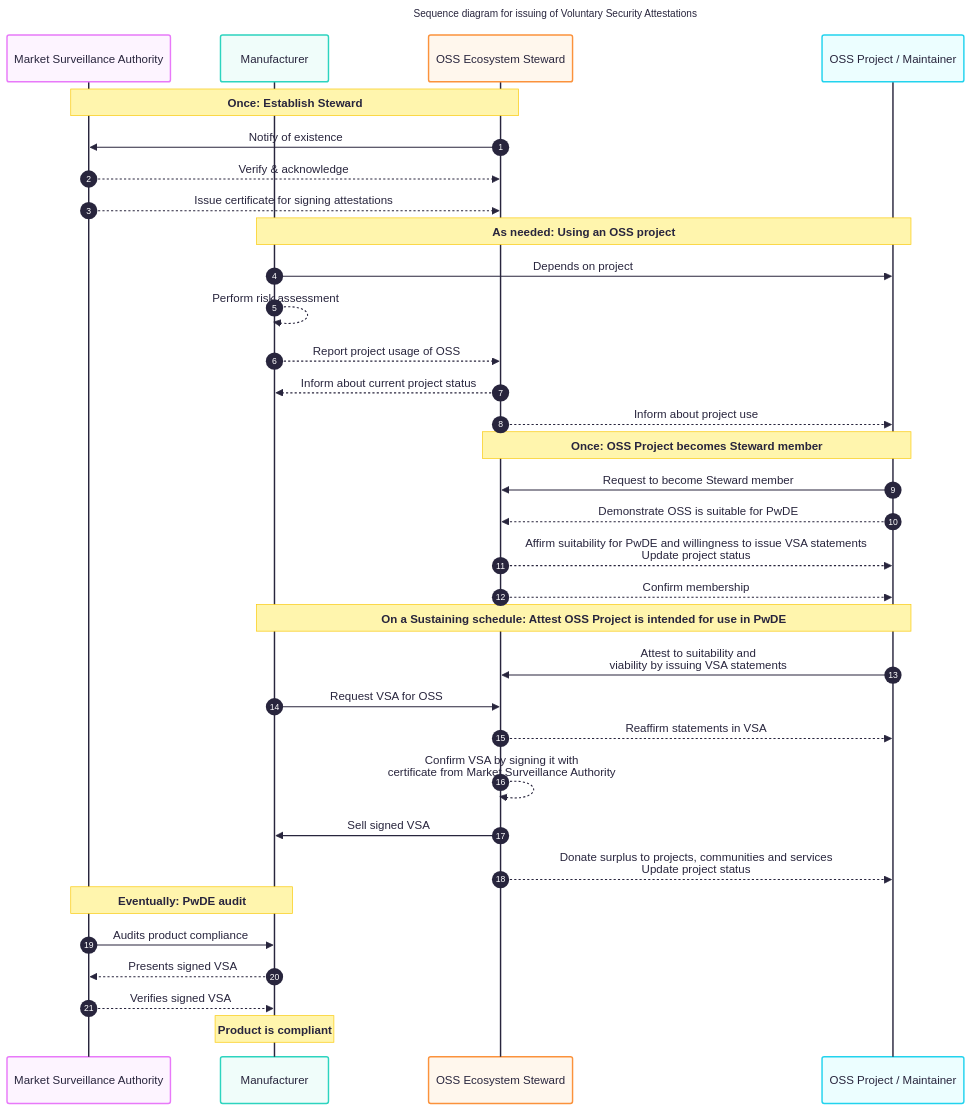
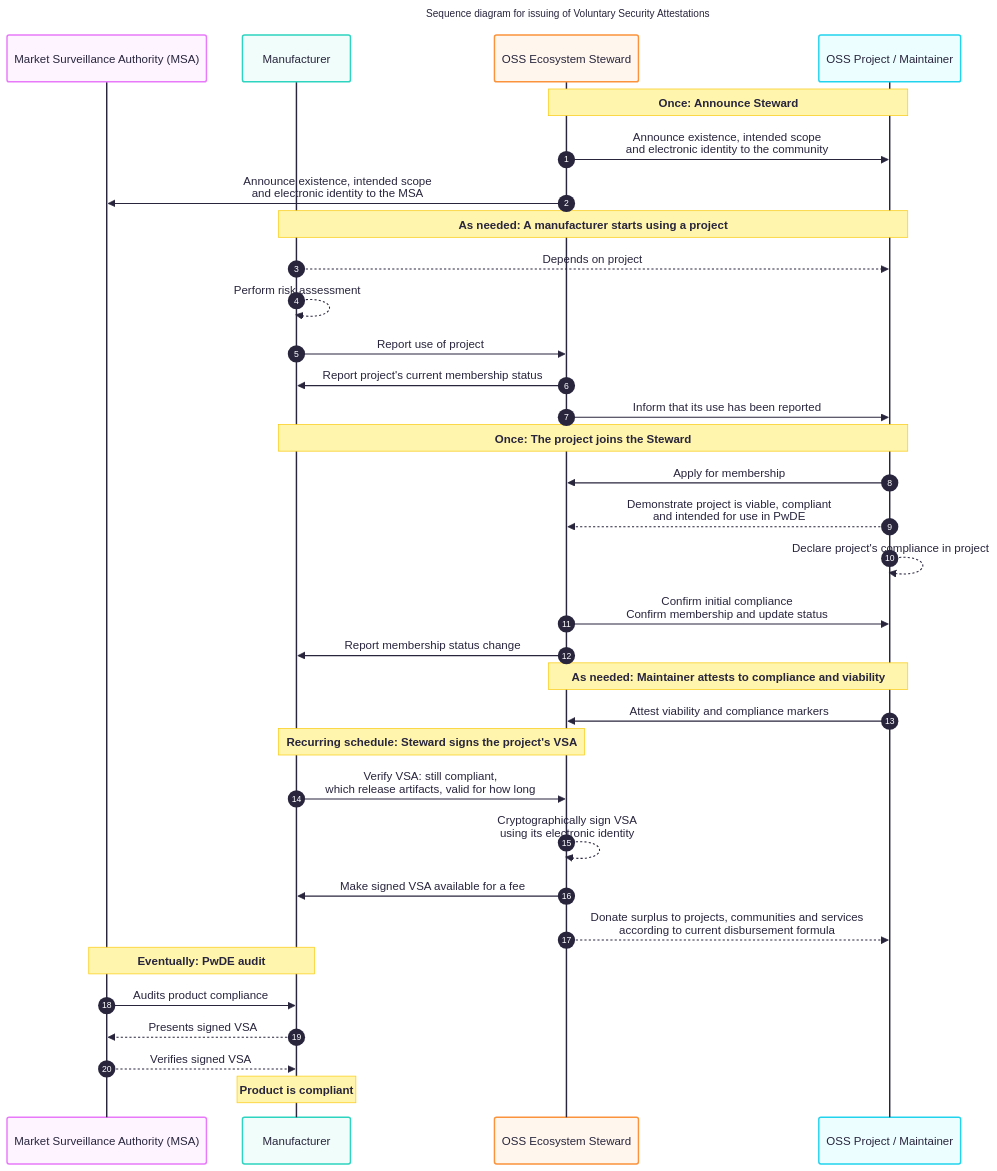
One commit to CPAN-Security/security.metacpan.org changed the diagram in docs/ecosystem-steward.md. Above: the diagram before and after it, drawn with Mermaid. The commit also changed other lines of this file, not shown here.

Commit message:
Rewrite the VSA description; Update sequence diagram to match it's description.

````diff
--- a/docs/ecosystem-steward.md
+++ b/docs/ecosystem-steward.md
@@ -313,42 +317,42 @@
 ```mermaid
 ---
 title: Sequence diagram for issuing of Voluntary Security Attestations
 config:
     theme: redux-color
     layout: elk
     look: classic
 ---
 sequenceDiagram
     autonumber
-    participant MA as Market Surveillance Authority
+    participant MSA as Market Surveillance Authority (MSA)
     participant MFG as Manufacturer
     participant ES as OSS Ecosystem Steward
     participant OSS as OSS Project / Maintainer
-    note over MA,ES: Once: Establish Steward
-    ES->>MA: Notify of existence
-    MA-->>ES: Verify & acknowledge
-    MA-->>ES: Issue certificate for signing attestations
-    note over MFG,OSS: As needed: Using an OSS project
-    MFG->>OSS: Depends on project
+    note over ES,OSS: Once: Announce Steward
+    ES->>OSS: Announce existence, intended scope<br>and electronic identity to the community
+    ES->>MSA: Announce existence, intended scope<br>and electronic identity to the MSA
+    note over MFG,OSS: As needed: A manufacturer starts using a project
+    MFG-->>OSS: Depends on project
     MFG-->>MFG: Perform risk assessment
-    MFG-->>ES: Report project usage of OSS
-    ES-->>MFG: Inform about current project status
-    ES-->>OSS: Inform about project use
-    note over ES,OSS: Once: OSS Project becomes Steward member
-    OSS->>ES: Request to become Steward member
-    OSS-->>ES: Demonstrate OSS is suitable for PwDE
-    ES-->>OSS: Affirm suitability for PwDE and willingness to issue VSA statements<br>Update project status
-    ES-->>OSS: Confirm membership
-    note over MFG,OSS: On a Sustaining schedule: Attest OSS Project is intended for use in PwDE
-    OSS->>ES: Attest to suitability and<br>viability by issuing VSA statements
-    MFG->>ES: Request VSA for OSS
-    ES-->>OSS: Reaffirm statements in VSA
-    ES-->>ES: Confirm VSA by signing it with<br>certificate from Market Surveillance Authority
-    ES->>MFG: Sell signed VSA
-    ES-->>OSS: Donate surplus to projects, communities and services<br>Update project status
-    note over MA,MFG: Eventually: PwDE audit
-    MA->>MFG: Audits product compliance
-    MFG-->>MA: Presents signed VSA
-    MA-->>MFG: Verifies signed VSA
+    MFG->>ES: Report use of project
+    ES->>MFG: Report project's current membership status
+    ES->>OSS: Inform that its use has been reported
+    note over MFG,OSS: Once: The project joins the Steward
+    OSS->>ES: Apply for membership
+    OSS-->>ES: Demonstrate project is viable, compliant<br>and intended for use in PwDE
+    OSS-->>OSS: Declare project's compliance in project
+    ES->>OSS: Confirm initial compliance<br>Confirm membership and update status
+    ES->>MFG: Report membership status change
+    note over ES,OSS: As needed: Maintainer attests to compliance and viability
+    OSS->>ES: Attest viability and compliance markers
+    note over MFG,ES: Recurring schedule: Steward signs the project's VSA
+    MFG->>ES: Verify VSA: still compliant,<br>which release artifacts, valid for how long
+    ES-->>ES: Cryptographically sign VSA<br>using its electronic identity
+    ES->>MFG: Make signed VSA available for a fee
+    ES-->>OSS: Donate surplus to projects, communities and services<br>according to current disbursement formula
+    note over MSA,MFG: Eventually: PwDE audit
+    MSA->>MFG: Audits product compliance
+    MFG-->>MSA: Presents signed VSA
+    MSA-->>MFG: Verifies signed VSA
     note over MFG: Product is compliant
 ```
````
